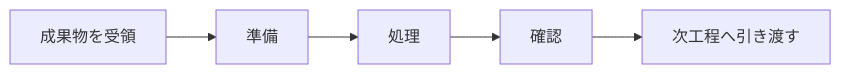
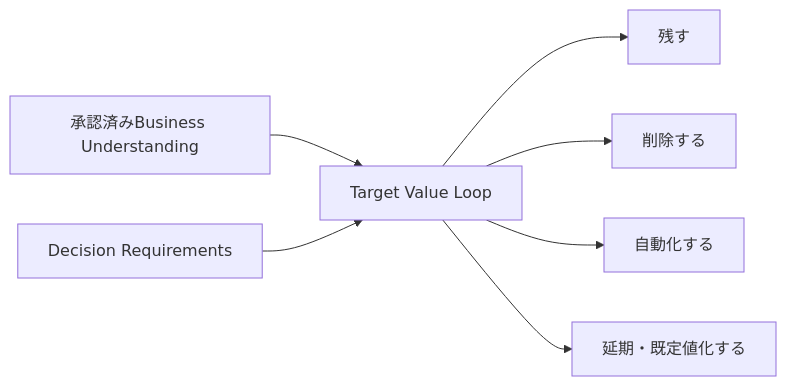
The fifth of 8 diagrams in skills/interaction-design-review-agent/SKILL.md (lilpacy/dotfiles), drawn with Mermaid before and after one commit. The commit also changed other lines of this file and 25 other files, not shown here.

````diff
--- a/skills/interaction-design-review-agent/SKILL.md
+++ b/skills/interaction-design-review-agent/SKILL.md
@@ -169,4 +217,17 @@
 ```mermaid
 flowchart LR
-    A[成果物を受領] --> B[準備] --> C[処理] --> D[確認] --> E[次工程へ引き渡す]
+    BU[承認済みBusiness Understanding]
+    DR[Decision Requirements]
+    VL[Target Value Loop]
+    R[残す]
+    X[削除する]
+    A[自動化する]
+    D[延期・既定値化する]
+
+    BU --> VL
+    DR --> VL
+    VL --> R
+    VL --> X
+    VL --> A
+    VL --> D
 ```
````
